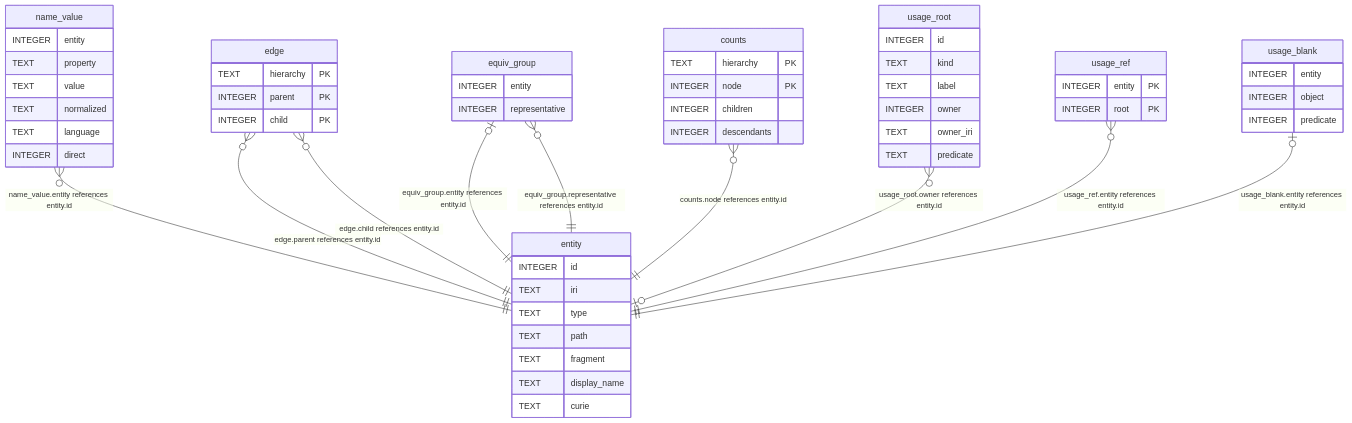
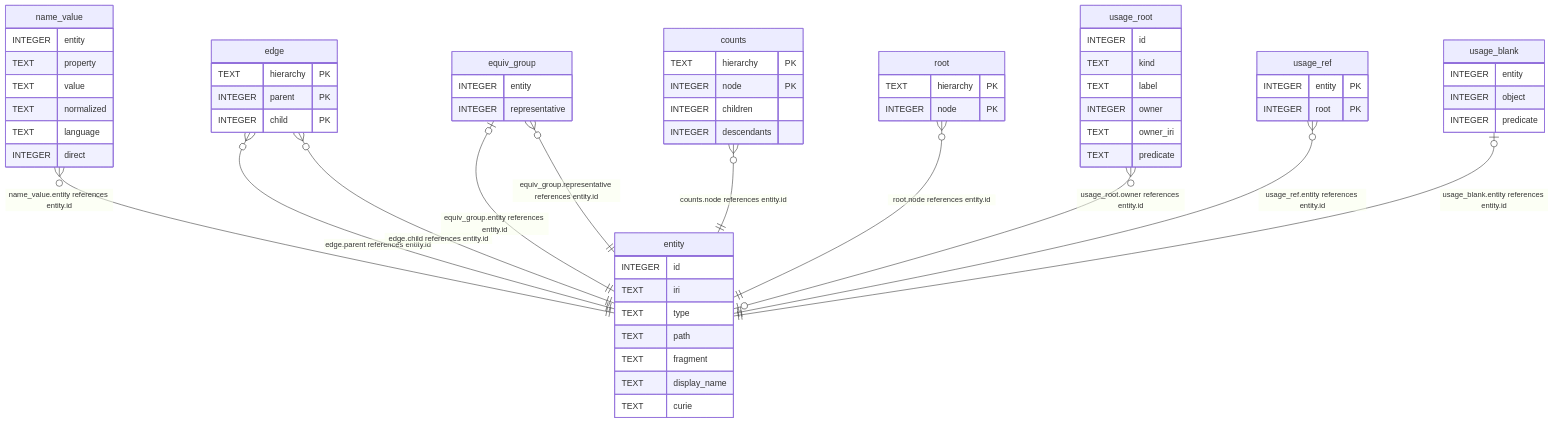
Before and after one commit to jclerman/browl: the diagram in docs/schema/derived/entity.md, drawn with Mermaid. The commit also changed other lines of this file and 8 other files, not shown here.

First line of the commit message:
Store each hierarchy's roots in a root table (P-18)

````diff
--- a/docs/schema/derived/entity.md
+++ b/docs/schema/derived/entity.md
@@ -51,63 +51,68 @@
 ```mermaid
 erDiagram
 
 "name_value" }o--|| "entity" : "name_value.entity references entity.id"
 "edge" }o--|| "entity" : "edge.parent references entity.id"
 "edge" }o--|| "entity" : "edge.child references entity.id"
 "equiv_group" |o--|| "entity" : "equiv_group.entity references entity.id"
 "equiv_group" }o--|| "entity" : "equiv_group.representative references entity.id"
 "counts" }o--|| "entity" : "counts.node references entity.id"
+"root" }o--|| "entity" : "root.node references entity.id"
 "usage_root" }o--o| "entity" : "usage_root.owner references entity.id"
 "usage_ref" }o--|| "entity" : "usage_ref.entity references entity.id"
 "usage_blank" |o--|| "entity" : "usage_blank.entity references entity.id"
 
 "entity" {
   INTEGER id
   TEXT iri
   TEXT type
   TEXT path
   TEXT fragment
   TEXT display_name
   TEXT curie
 }
 "name_value" {
   INTEGER entity
   TEXT property
   TEXT value
   TEXT normalized
   TEXT language
   INTEGER direct
 }
 "edge" {
   TEXT hierarchy PK
   INTEGER parent PK
   INTEGER child PK
 }
 "equiv_group" {
   INTEGER entity
   INTEGER representative
 }
 "counts" {
   TEXT hierarchy PK
   INTEGER node PK
   INTEGER children
   INTEGER descendants
 }
+"root" {
+  TEXT hierarchy PK
+  INTEGER node PK
+}
 "usage_root" {
   INTEGER id
   TEXT kind
   TEXT label
   INTEGER owner
   TEXT owner_iri
   TEXT predicate
 }
 "usage_ref" {
   INTEGER entity PK
   INTEGER root PK
 }
 "usage_blank" {
   INTEGER entity
   INTEGER object
   INTEGER predicate
 }
 ```
````
